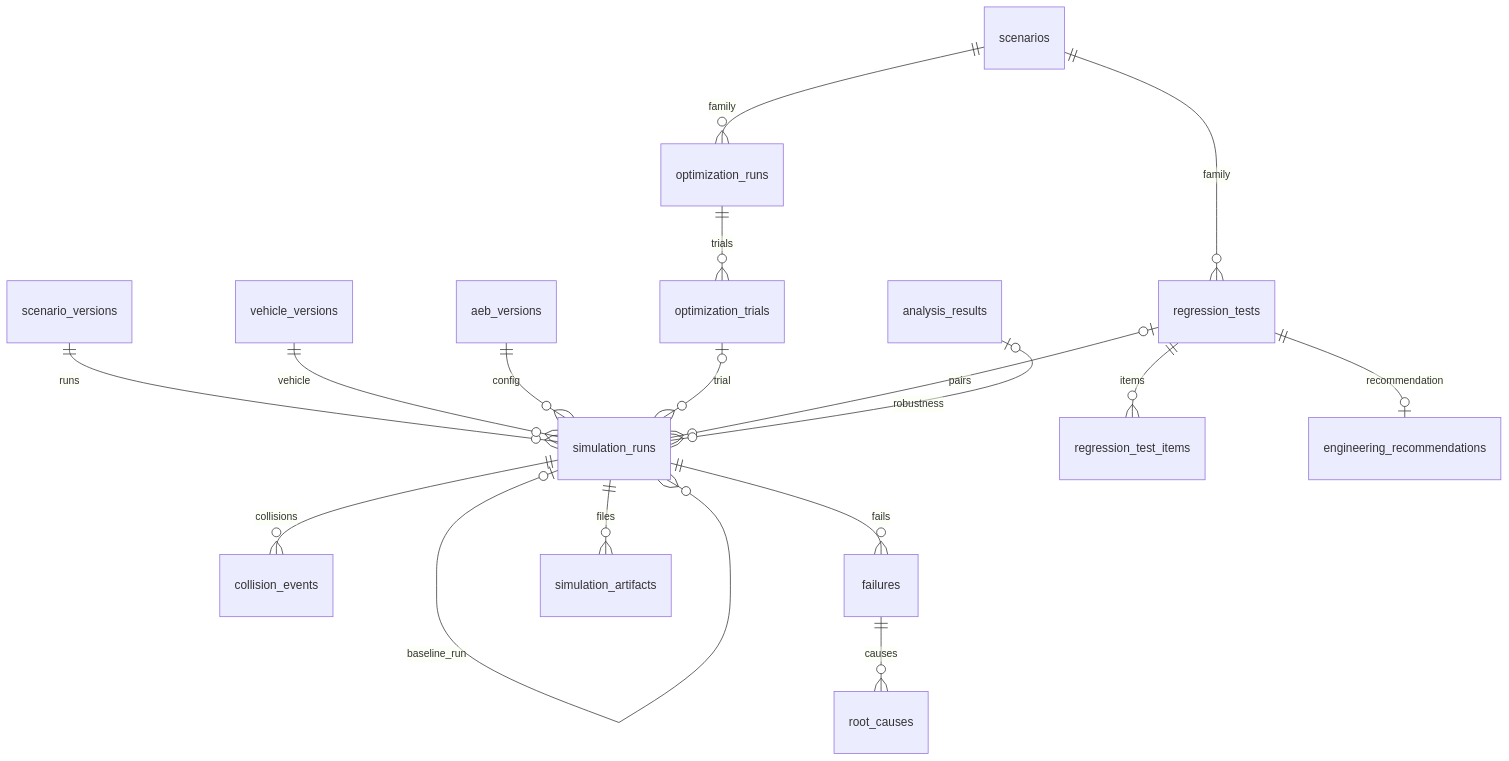
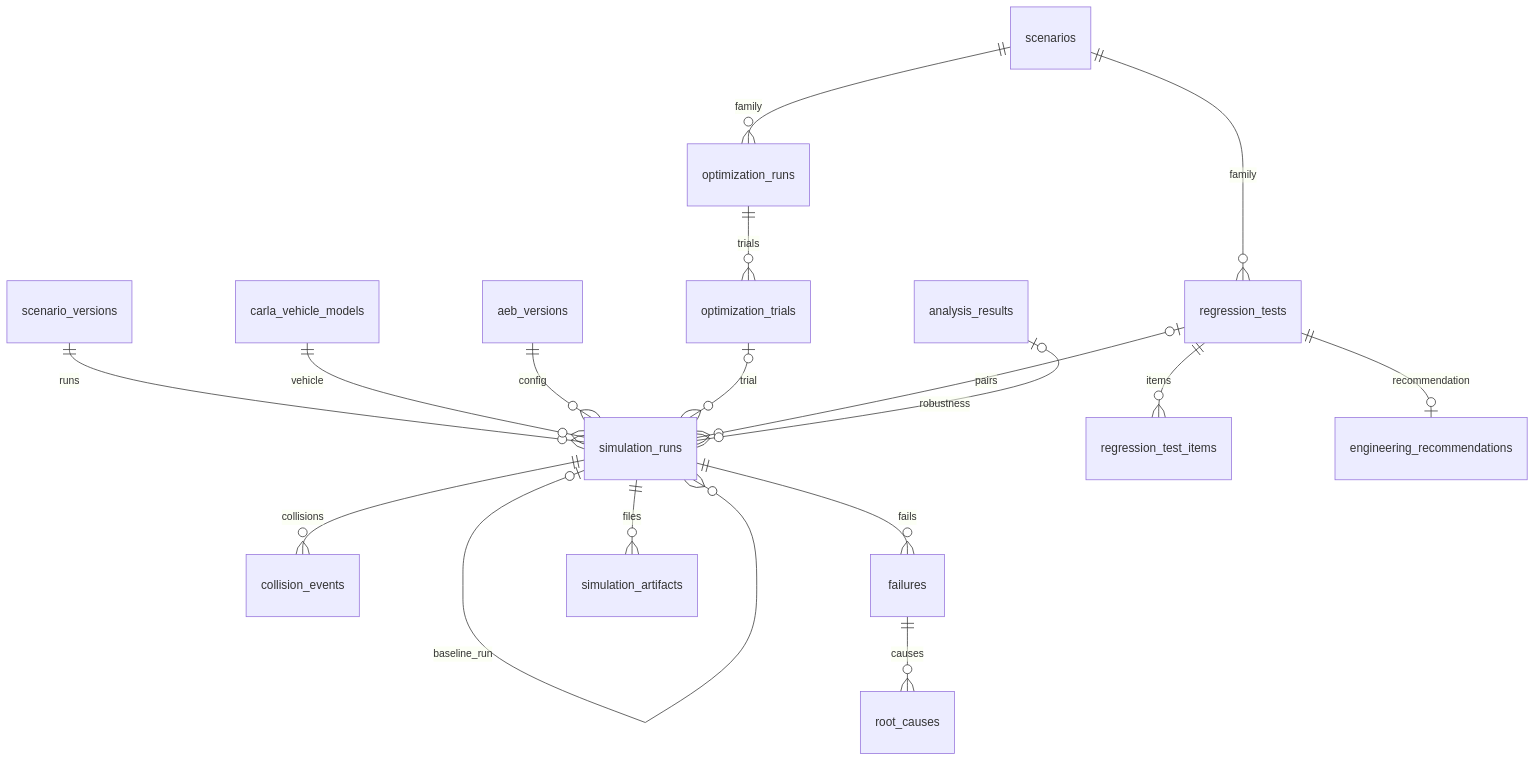
Before and after one commit to Menakanchi/SEP490-FA26-G15: the second of 2 diagrams in docs/vehicsim/database-schema.md, drawn with Mermaid. The commit also changed other lines of this file and 188 other files, not shown here.

````diff
--- a/docs/vehicsim/database-schema.md
+++ b/docs/vehicsim/database-schema.md
@@ -196,19 +203,19 @@
 ```mermaid
 erDiagram
     scenario_versions ||--o{ simulation_runs : runs
-    vehicle_versions ||--o{ simulation_runs : vehicle
+    carla_vehicle_models ||--o{ simulation_runs : vehicle
     aeb_versions ||--o{ simulation_runs : config
     simulation_runs |o--o{ simulation_runs : baseline_run
     simulation_runs ||--o{ collision_events : collisions
     simulation_runs ||--o{ failures : fails
     failures ||--o{ root_causes : causes
     simulation_runs ||--o{ simulation_artifacts : files
     scenarios ||--o{ optimization_runs : family
     optimization_runs ||--o{ optimization_trials : trials
     optimization_trials |o--o{ simulation_runs : trial
     scenarios ||--o{ regression_tests : family
     regression_tests |o--o{ simulation_runs : pairs
     regression_tests ||--o{ regression_test_items : items
     regression_tests ||--o| engineering_recommendations : recommendation
     analysis_results |o--o{ simulation_runs : robustness
 ```
````
